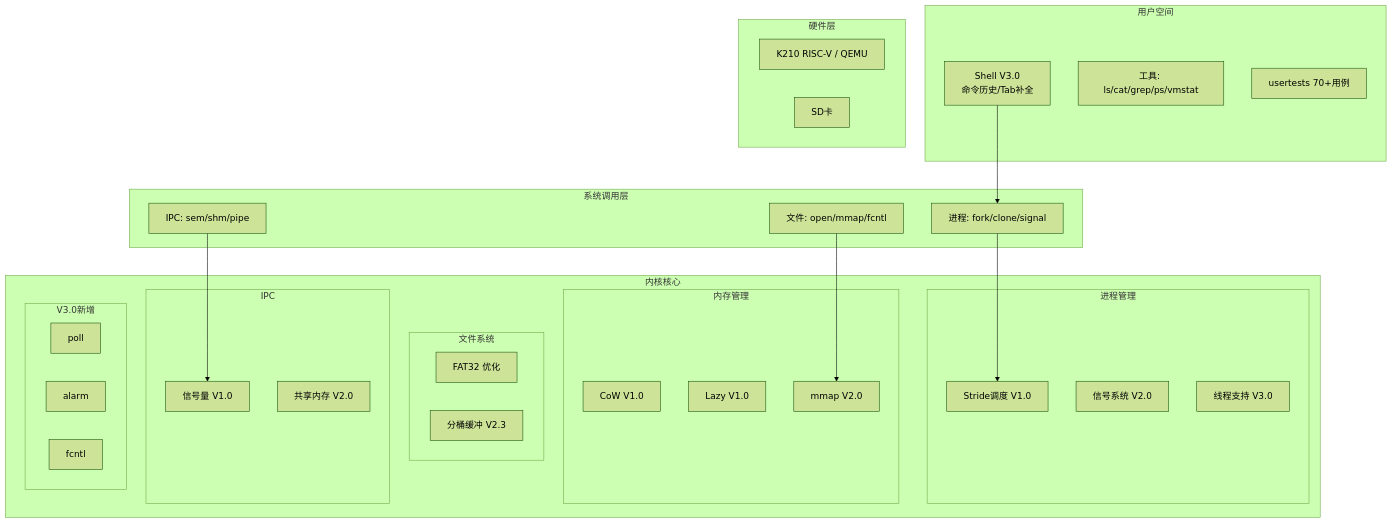
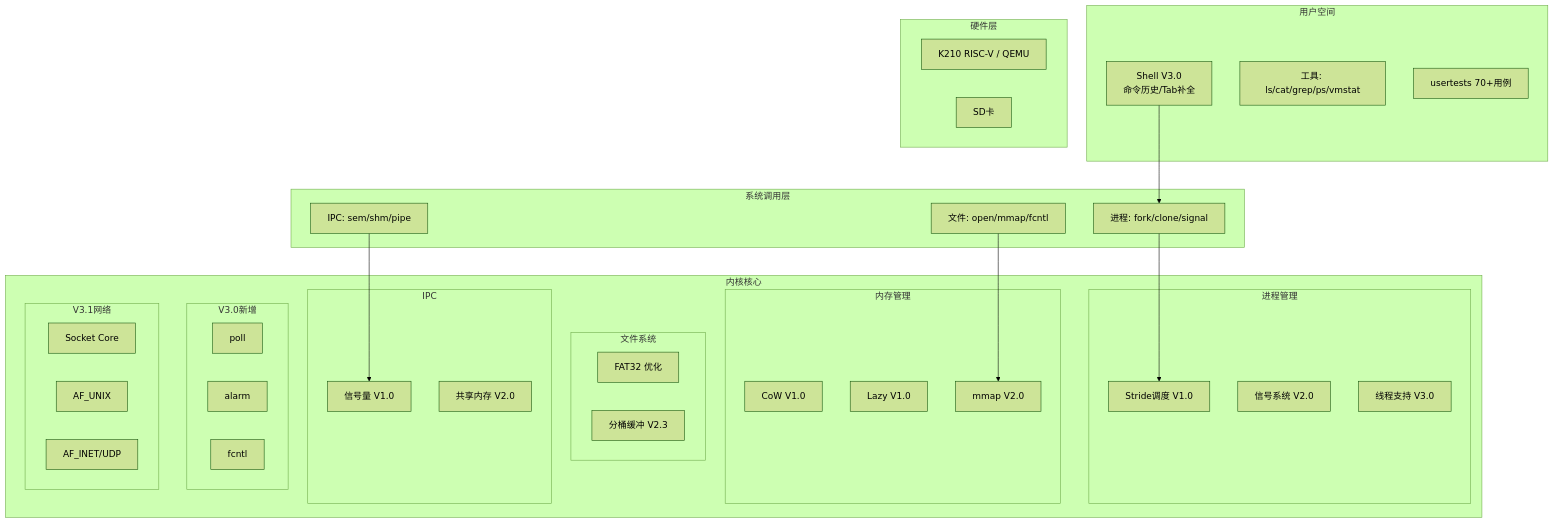
One commit to 2121191/Serein-OS changed the second of 2 diagrams in docs/项目报告-xv6-k210-V3.0.md. Above: the diagram before and after it, drawn with Mermaid (forest theme). The commit also changed other lines of this file and 1 other file, not shown here.

````diff
--- a/docs/项目报告-xv6-k210-V3.0.md
+++ b/docs/项目报告-xv6-k210-V3.0.md
@@ -321,54 +355,60 @@
 ```mermaid
 graph TB
     subgraph 用户空间
         shell[Shell V3.0<br/>命令历史/Tab补全]
         tools[工具: ls/cat/grep/ps/vmstat]
         tests[usertests 70+用例]
     end
     
     subgraph 系统调用层
         proc_sys[进程: fork/clone/signal]
         file_sys[文件: open/mmap/fcntl]
         ipc_sys[IPC: sem/shm/pipe]
     end
     
     subgraph 内核核心
         subgraph 进程管理
             stride[Stride调度 V1.0]
             signal[信号系统 V2.0]
             thread[线程支持 V3.0]
         end
         
         subgraph 内存管理
             cow[CoW V1.0]
             lazy[Lazy V1.0]
             vmmap[mmap V2.0]
         end
         
         subgraph 文件系统
             fat32[FAT32 优化]
             bio[分桶缓冲 V2.3]
         end
         
         subgraph IPC
             sem_m[信号量 V1.0]
             shm_m[共享内存 V2.0]
         end
         
         subgraph V3.0新增
             poll_m[poll]
             alarm_m[alarm]
             fcntl_m[fcntl]
         end
+        
+        subgraph V3.1网络
+            sock_m[Socket Core]
+            unix_m[AF_UNIX]
+            inet_m[AF_INET/UDP]
+        end
     end
     
     subgraph 硬件层
         k210[K210 RISC-V / QEMU]
         sd[SD卡]
     end
     
     shell --> proc_sys
     proc_sys --> stride
     file_sys --> vmmap
     ipc_sys --> sem_m
 ```
````
